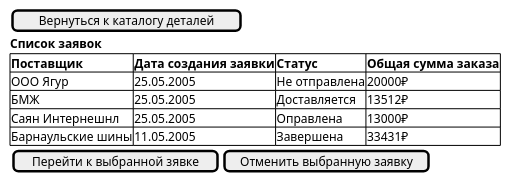
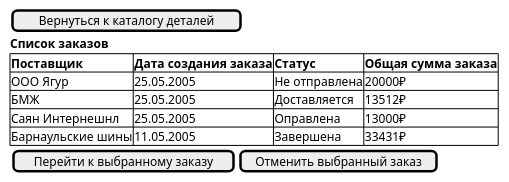
Before and after one commit to BombasticFantastik/PIS_Course_work: the diagram in uml-диаграммы/Администратор/таблица_выбора_заявок.puml, drawn with PlantUML. The commit also changed 36 other files, not shown here.

```diff
--- a/uml-диаграммы/Администратор/таблица_выбора_заявок.puml
+++ b/uml-диаграммы/Администратор/таблица_выбора_заявок.puml
@@ -1,17 +1,17 @@
 @startsalt Список заявок
 {
     [Вернуться к каталогу деталей]
-    <b>Список заявок
-    {# <b>Поставщик| <b>Дата создания заявки | <b>Статус | <b>Общая сумма заказа
+    <b>Список заказов
+    {# <b>Поставщик| <b>Дата создания заказа | <b>Статус | <b>Общая сумма заказа
     ООО Ягур|25.05.2005 | Не отправлена | 20000₽ 
     БМЖ|25.05.2005 | Доставляется | 13512₽
     Саян Интернешнл|25.05.2005 | Оправлена | 13000₽
     Барнаульские шины|11.05.2005 | Завершена  | 33431₽
     }
     
     {
-        [Перейти к выбранной зявке]| [Отменить выбранную заявку]
+        [Перейти к выбранному заказу]| [Отменить выбранный заказ]
     }
     
 }
 @endsalt
```
